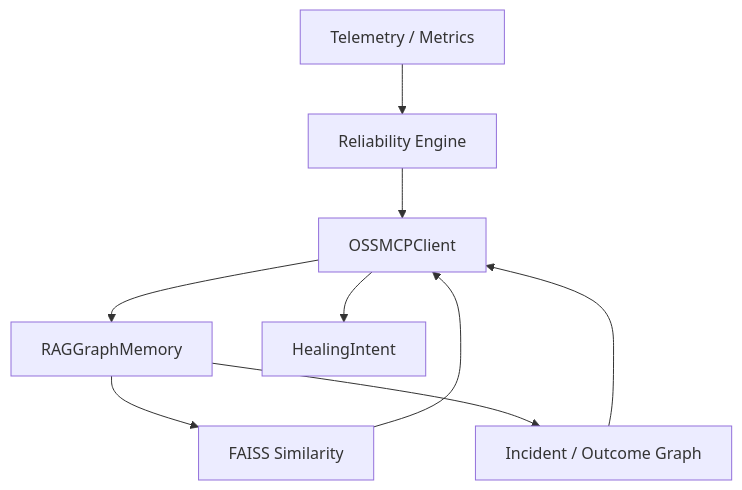
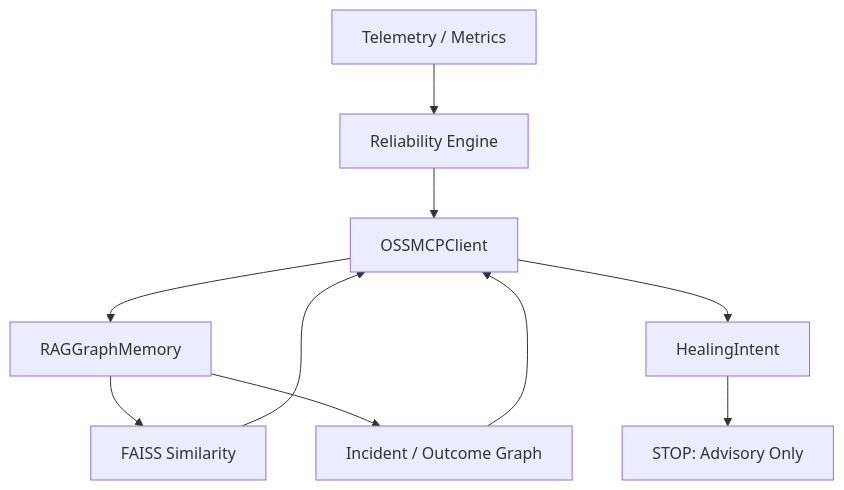
One commit to petterjuan/agentic-reliability-framework changed the second of 6 diagrams in README.md. Above: the diagram before and after it, drawn with Mermaid. The commit also changed other lines of this file, not shown here.

````diff
--- a/README.md
+++ b/README.md
@@ -322,11 +333,12 @@
 ```mermaid
 graph TD
     A[Telemetry / Metrics] --> B[Reliability Engine]
     B --> C[OSSMCPClient]
     C --> D[RAGGraphMemory]
     D --> E[FAISS Similarity]
     D --> F[Incident / Outcome Graph]
     E --> C
     F --> C
     C --> G[HealingIntent]
+    G --> H[STOP: Advisory Only]
 ```
````
